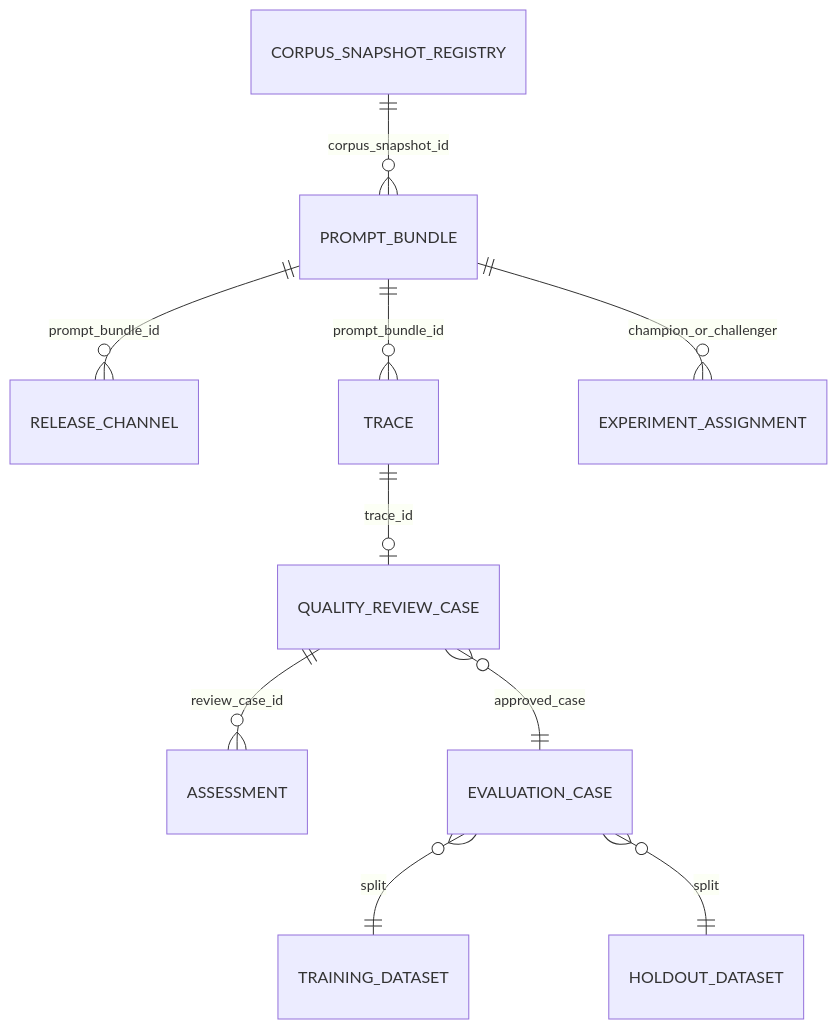
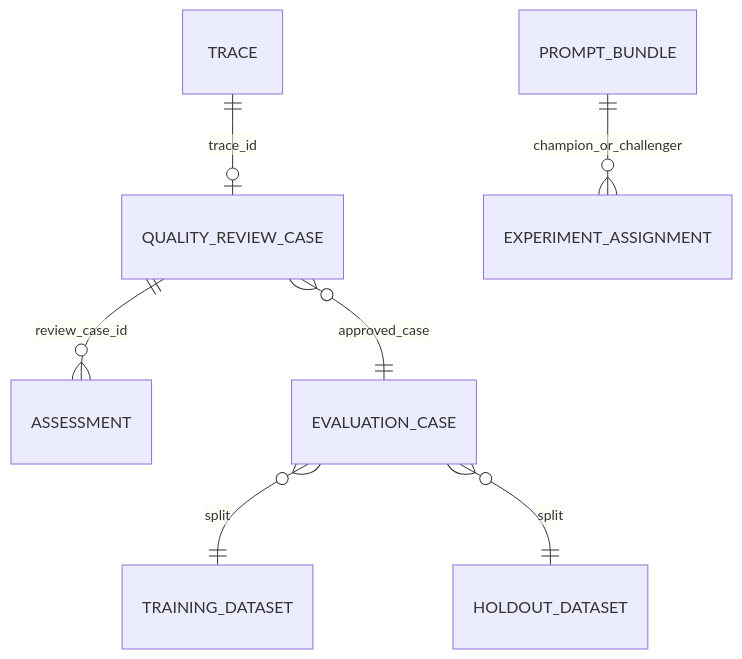
One commit to junTaniguchi/llm_ops changed diagram 16 of 17 in 技術レポート作成マルチエージェント_完成版.md. Above: the diagram before and after it, drawn with Mermaid. The commit also changed other lines of this file and 1 other file, not shown here.

````diff
--- a/技術レポート作成マルチエージェント_完成版.md
+++ b/技術レポート作成マルチエージェント_完成版.md
@@ -3092,12 +3007,9 @@
 ```mermaid
 erDiagram
-    CORPUS_SNAPSHOT_REGISTRY ||--o{ PROMPT_BUNDLE : corpus_snapshot_id
-    PROMPT_BUNDLE ||--o{ RELEASE_CHANNEL : prompt_bundle_id
-    PROMPT_BUNDLE ||--o{ TRACE : prompt_bundle_id
     TRACE ||--o| QUALITY_REVIEW_CASE : trace_id
     QUALITY_REVIEW_CASE ||--o{ ASSESSMENT : review_case_id
     QUALITY_REVIEW_CASE }o--|| EVALUATION_CASE : approved_case
     EVALUATION_CASE }o--|| TRAINING_DATASET : split
     EVALUATION_CASE }o--|| HOLDOUT_DATASET : split
     PROMPT_BUNDLE ||--o{ EXPERIMENT_ASSIGNMENT : champion_or_challenger
 ```
````
